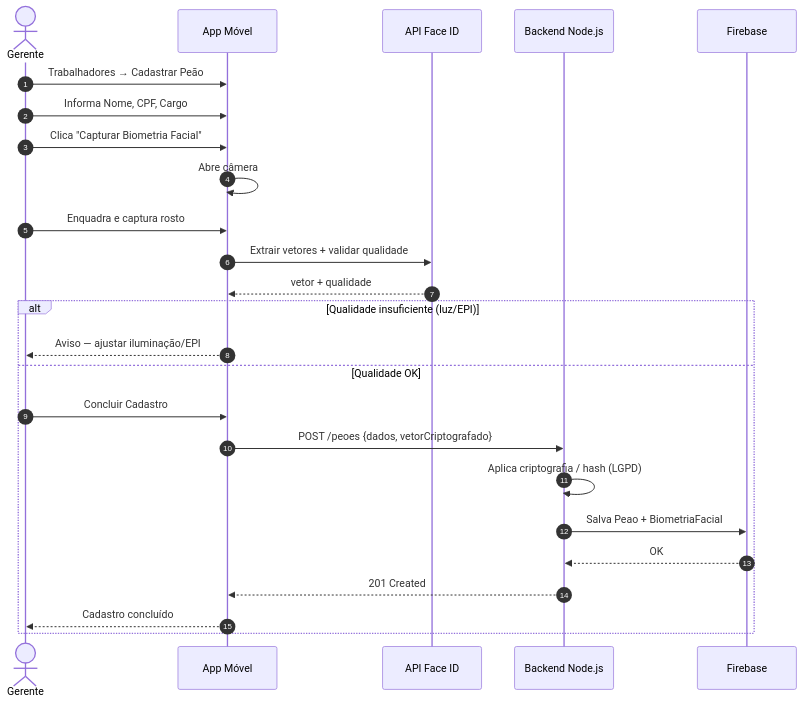
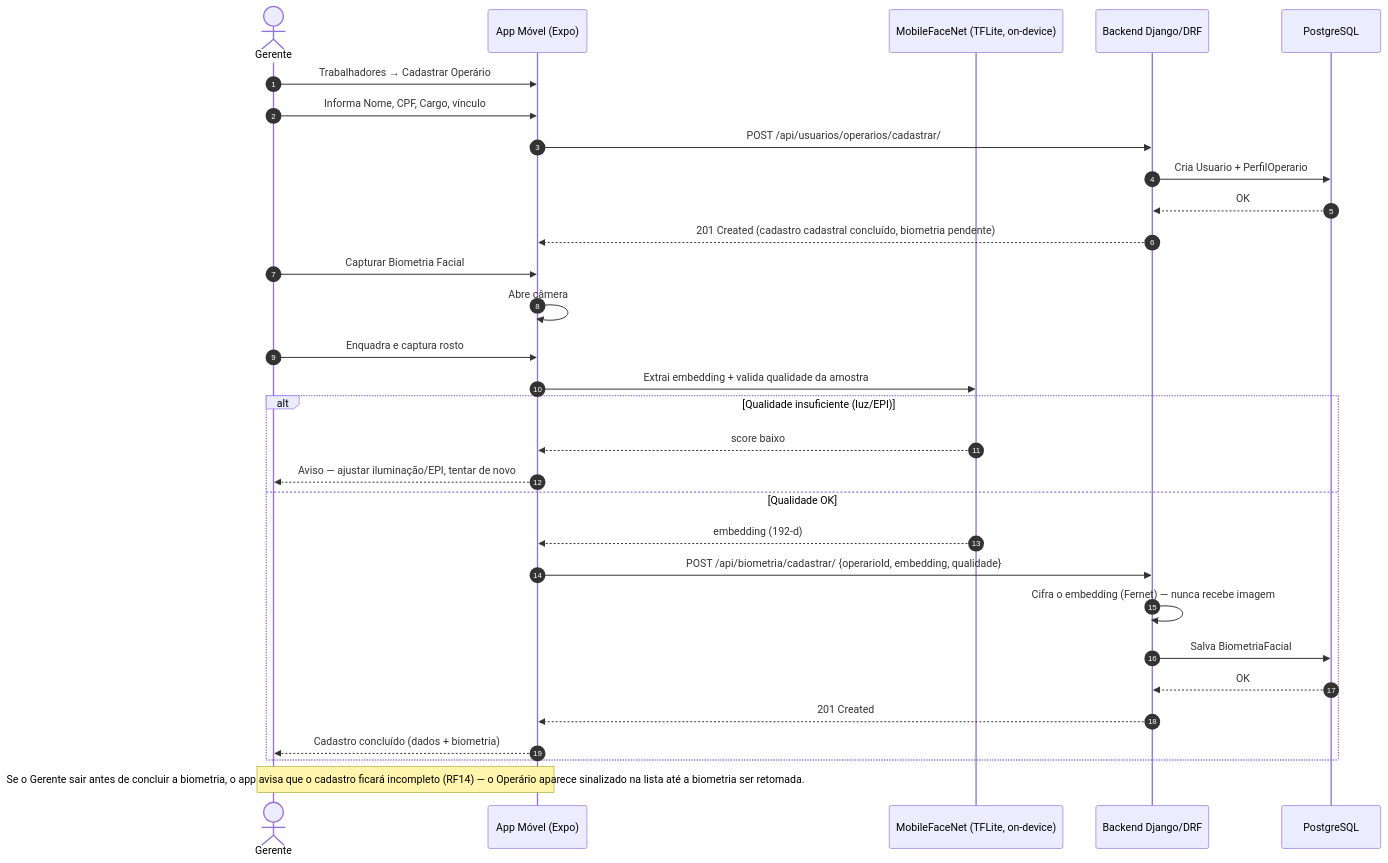
One commit to kelvinvass22/BuildPointIdAnexos changed the second of 5 diagrams in docs/04-diagramas-de-sequencia.md. Above: the diagram before and after it, drawn with Mermaid. The commit also changed other lines of this file and 6 other files, not shown here.

First line of the commit message:
docs: atualizar requisitos, diagramas e notas da Etapa 3 para refletir o sistema implementado

````diff
--- a/docs/04-diagramas-de-sequencia.md
+++ b/docs/04-diagramas-de-sequencia.md
@@ -57,29 +72,36 @@
 ```mermaid
 sequenceDiagram
   autonumber
   actor Gerente as Gerente
-  participant App as App Móvel
-  participant Face as API Face ID
-  participant API as Backend Node.js
-  participant DB as Firebase
+  participant App as App Móvel (Expo)
+  participant TFLite as MobileFaceNet (TFLite, on-device)
+  participant API as Backend Django/DRF
+  participant DB as PostgreSQL
 
-  Gerente->>App: Trabalhadores → Cadastrar Peão
-  Gerente->>App: Informa Nome, CPF, Cargo
-  Gerente->>App: Clica "Capturar Biometria Facial"
+  Gerente->>App: Trabalhadores → Cadastrar Operário
+  Gerente->>App: Informa Nome, CPF, Cargo, vínculo
+  App->>API: POST /api/usuarios/operarios/cadastrar/
+  API->>DB: Cria Usuario + PerfilOperario
+  DB-->>API: OK
+  API-->>App: 201 Created (cadastro cadastral concluído, biometria pendente)
+
+  Gerente->>App: Capturar Biometria Facial
   App->>App: Abre câmera
   Gerente->>App: Enquadra e captura rosto
-  App->>Face: Extrair vetores + validar qualidade
-  Face-->>App: vetor + qualidade
+  App->>TFLite: Extrai embedding + valida qualidade da amostra
 
   alt Qualidade insuficiente (luz/EPI)
-    App-->>Gerente: Aviso — ajustar iluminação/EPI
+    TFLite-->>App: score baixo
+    App-->>Gerente: Aviso — ajustar iluminação/EPI, tentar de novo
   else Qualidade OK
-    Gerente->>App: Concluir Cadastro
-    App->>API: POST /peoes {dados, vetorCriptografado}
-    API->>API: Aplica criptografia / hash (LGPD)
-    API->>DB: Salva Peao + BiometriaFacial
+    TFLite-->>App: embedding (192-d)
+    App->>API: POST /api/biometria/cadastrar/ {operarioId, embedding, qualidade}
+    API->>API: Cifra o embedding (Fernet) — nunca recebe imagem
+    API->>DB: Salva BiometriaFacial
     DB-->>API: OK
     API-->>App: 201 Created
-    App-->>Gerente: Cadastro concluído
+    App-->>Gerente: Cadastro concluído (dados + biometria)
   end
+
+  Note over App,Gerente: Se o Gerente sair antes de concluir a biometria, o app avisa que o cadastro ficará incompleto (RF14) — o Operário aparece sinalizado na lista até a biometria ser retomada.
 ```
````
